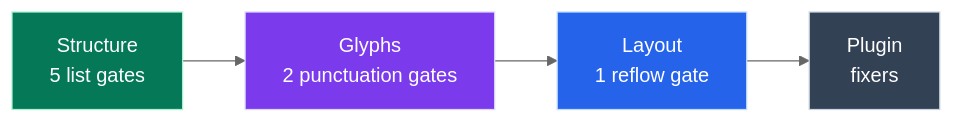
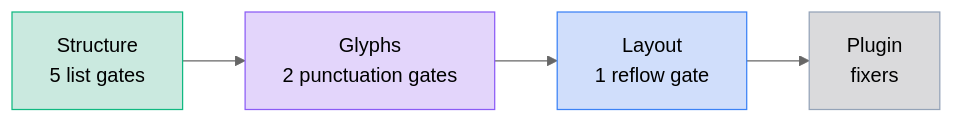
One commit to jpeakai/jpai-prose-gates changed diagram 14 of 19 in docs/DATA_MODEL.md. Above: the diagram before and after it, drawn with Mermaid (neutral theme). The commit also changed other lines of this file and 1 other file, not shown here.

First line of the commit message:
docs: recalibrate the Mermaid diagrams for Material with translucent fills

````diff
--- a/docs/DATA_MODEL.md
+++ b/docs/DATA_MODEL.md
@@ -496,9 +496,9 @@
 ```mermaid
 flowchart LR
     S["Structure<br/>5 list gates"]:::list --> G["Glyphs<br/>2 punctuation gates"]:::punc --> L["Layout<br/>1 reflow gate"]:::sent --> P["Plugin<br/>fixers"]:::ext
 
-    classDef list fill:#047857,stroke:#a7f3d0,color:#ffffff
-    classDef punc fill:#7c3aed,stroke:#ddd6fe,color:#ffffff
-    classDef sent fill:#2563eb,stroke:#bfdbfe,color:#ffffff
-    classDef ext  fill:#334155,stroke:#cbd5e1,color:#ffffff
+    classDef list fill:#05966936,stroke:#10b981
+    classDef punc fill:#7c3aed36,stroke:#8b5cf6
+    classDef sent fill:#2563eb36,stroke:#3b82f6
+    classDef ext  fill:#52525b36,stroke:#94a3b8
 ```
````
